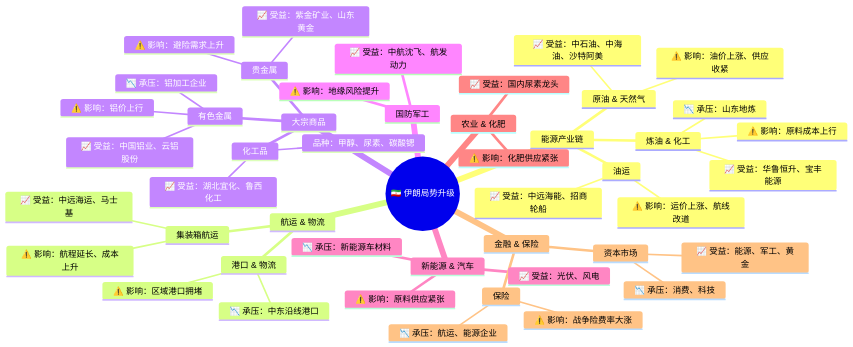
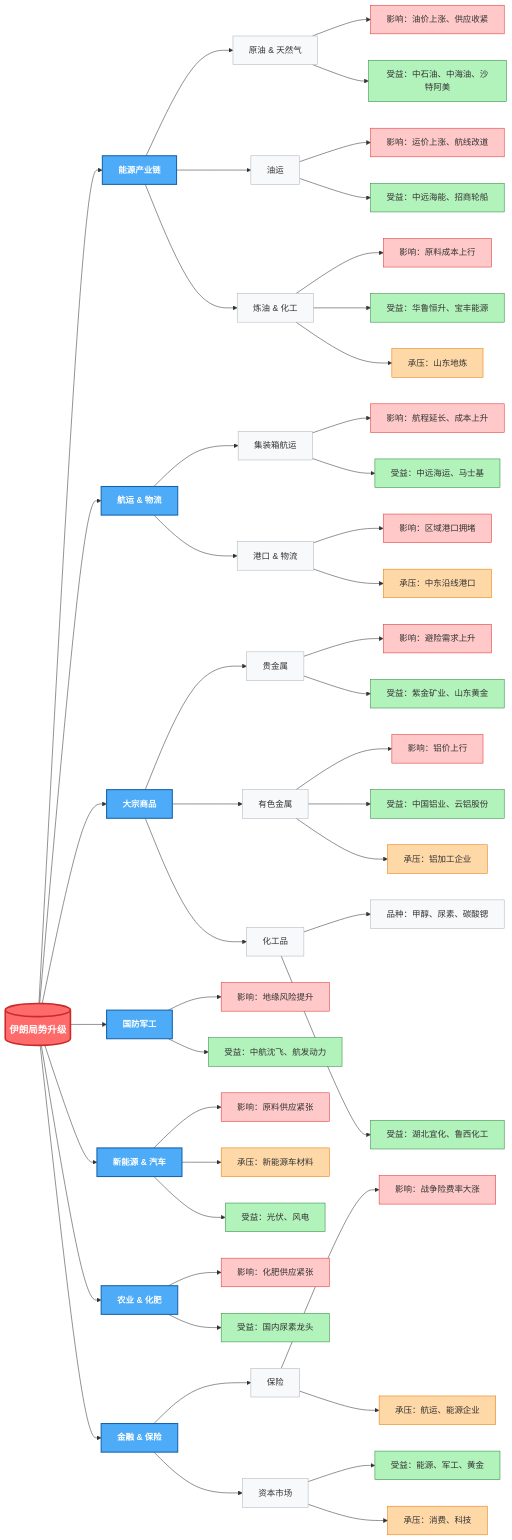
Before and after one commit to yinyinfeiqiao/advanced-java-skills: the diagram in README.md, drawn with Mermaid.

````diff
--- a/README.md
+++ b/README.md
@@ -1,50 +1,108 @@
 ```mermaid
-mindmap
-  root((🇮🇷 伊朗局势升级))
-    能源产业链
-      原油 & 天然气
-        ⚠️ 影响：油价上涨、供应收紧
-        📈 受益：中石油、中海油、沙特阿美
-      油运
-        ⚠️ 影响：运价上涨、航线改道
-        📈 受益：中远海能、招商轮船
-      炼油 & 化工
-        ⚠️ 影响：原料成本上行
-        📈 受益：华鲁恒升、宝丰能源
-        📉 承压：山东地炼
-    航运 & 物流
-      集装箱航运
-        ⚠️ 影响：航程延长、成本上升
-        📈 受益：中远海运、马士基
-      港口 & 物流
-        ⚠️ 影响：区域港口拥堵
-        📉 承压：中东沿线港口
-    大宗商品
-      贵金属
-        ⚠️ 影响：避险需求上升
-        📈 受益：紫金矿业、山东黄金
-      有色金属
-        ⚠️ 影响：铝价上行
-        📈 受益：中国铝业、云铝股份
-        📉 承压：铝加工企业
-      化工品
-        品种：甲醇、尿素、碳酸锶
-        📈 受益：湖北宜化、鲁西化工
-    国防军工
-      ⚠️ 影响：地缘风险提升
-      📈 受益：中航沈飞、航发动力
-    新能源 & 汽车
-      ⚠️ 影响：原料供应紧张
-      📉 承压：新能源车材料
-      📈 受益：光伏、风电
-    农业 & 化肥
-      ⚠️ 影响：化肥供应紧张
-      📈 受益：国内尿素龙头
-    金融 & 保险
-      保险
-        ⚠️ 影响：战争险费率大涨
-        📉 承压：航运、能源企业
-      资本市场
-        📈 受益：能源、军工、黄金
-        📉 承压：消费、科技
+graph LR
+    %% 定义样式类 (无 Emoji)
+    classDef rootStyle fill:#ff6b6b,stroke:#c92a2a,stroke-width:3px,color:#fff,font-size:18px,font-weight:bold;
+    classDef categoryStyle fill:#4dabf7,stroke:#1864ab,stroke-width:2px,color:#fff,font-weight:bold;
+    classDef impactStyle fill:#ffc9c9,stroke:#e03131,stroke-width:1px,color:#333;
+    classDef benefitStyle fill:#b2f2bb,stroke:#2b8a3e,stroke-width:1px,color:#333;
+    classDef pressureStyle fill:#ffd8a8,stroke:#e67700,stroke-width:1px,color:#333;
+    classDef neutralStyle fill:#f8f9fa,stroke:#adb5bd,stroke-width:1px,color:#333;
+
+    %% 根节点
+    Root[("伊朗局势升级")]:::rootStyle
+
+    %% 一级分类节点
+    Energy[能源产业链]:::categoryStyle
+    Shipping[航运 & 物流]:::categoryStyle
+    Commodity[大宗商品]:::categoryStyle
+    Defense[国防军工]:::categoryStyle
+    NewEnergy[新能源 & 汽车]:::categoryStyle
+    Agriculture[农业 & 化肥]:::categoryStyle
+    Finance[金融 & 保险]:::categoryStyle
+
+    %% 连接根节点到一级分类
+    Root --> Energy
+    Root --> Shipping
+    Root --> Commodity
+    Root --> Defense
+    Root --> NewEnergy
+    Root --> Agriculture
+    Root --> Finance
+
+    %% --- 能源产业链 ---
+    Oil[原油 & 天然气]:::neutralStyle
+    OilTrans[油运]:::neutralStyle
+    Refine[炼油 & 化工]:::neutralStyle
+    
+    Energy --> Oil
+    Energy --> OilTrans
+    Energy --> Refine
+
+    Oil --> OilImp[影响：油价上涨、供应收紧]:::impactStyle
+    Oil --> OilBen[受益：中石油、中海油、沙特阿美]:::benefitStyle
+
+    OilTrans --> TransImp[影响：运价上涨、航线改道]:::impactStyle
+    OilTrans --> TransBen[受益：中远海能、招商轮船]:::benefitStyle
+
+    Refine --> RefImp[影响：原料成本上行]:::impactStyle
+    Refine --> RefBen[受益：华鲁恒升、宝丰能源]:::benefitStyle
+    Refine --> RefPre[承压：山东地炼]:::pressureStyle
+
+    %% --- 航运 & 物流 ---
+    Container[集装箱航运]:::neutralStyle
+    PortLog[港口 & 物流]:::neutralStyle
+
+    Shipping --> Container
+    Shipping --> PortLog
+
+    Container --> ConImp[影响：航程延长、成本上升]:::impactStyle
+    Container --> ConBen[受益：中远海运、马士基]:::benefitStyle
+
+    PortLog --> PortImp[影响：区域港口拥堵]:::impactStyle
+    PortLog --> PortPre[承压：中东沿线港口]:::pressureStyle
+
+    %% --- 大宗商品 ---
+    Metal[贵金属]:::neutralStyle
+    NonFerrous[有色金属]:::neutralStyle
+    Chem[化工品]:::neutralStyle
+
+    Commodity --> Metal
+    Commodity --> NonFerrous
+    Commodity --> Chem
+
+    Metal --> MetImp[影响：避险需求上升]:::impactStyle
+    Metal --> MetBen[受益：紫金矿业、山东黄金]:::benefitStyle
+
+    NonFerrous --> NonImp[影响：铝价上行]:::impactStyle
+    NonFerrous --> NonBen[受益：中国铝业、云铝股份]:::benefitStyle
+    NonFerrous --> NonPre[承压：铝加工企业]:::pressureStyle
+
+    Chem --> ChemVar[品种：甲醇、尿素、碳酸锶]:::neutralStyle
+    Chem --> ChemBen[受益：湖北宜化、鲁西化工]:::benefitStyle
+
+    %% --- 国防军工 ---
+    Defense --> DefImp[影响：地缘风险提升]:::impactStyle
+    Defense --> DefBen[受益：中航沈飞、航发动力]:::benefitStyle
+
+    %% --- 新能源 & 汽车 ---
+    NewEnergy --> NewImp[影响：原料供应紧张]:::impactStyle
+    NewEnergy --> NewPre[承压：新能源车材料]:::pressureStyle
+    NewEnergy --> NewBen[受益：光伏、风电]:::benefitStyle
+
+    %% --- 农业 & 化肥 ---
+    Agriculture --> AgrImp[影响：化肥供应紧张]:::impactStyle
+    Agriculture --> AgrBen[受益：国内尿素龙头]:::benefitStyle
+
+    %% --- 金融 & 保险 ---
+    Insurance[保险]:::neutralStyle
+    Capital[资本市场]:::neutralStyle
+
+    Finance --> Insurance
+    Finance --> Capital
+
+    Insurance --> InsImp[影响：战争险费率大涨]:::impactStyle
+    Insurance --> InsPre[承压：航运、能源企业]:::pressureStyle
+
+    Capital --> CapBen[受益：能源、军工、黄金]:::benefitStyle
+    Capital --> CapPre[承压：消费、科技]:::pressureStyle
 ```
````
